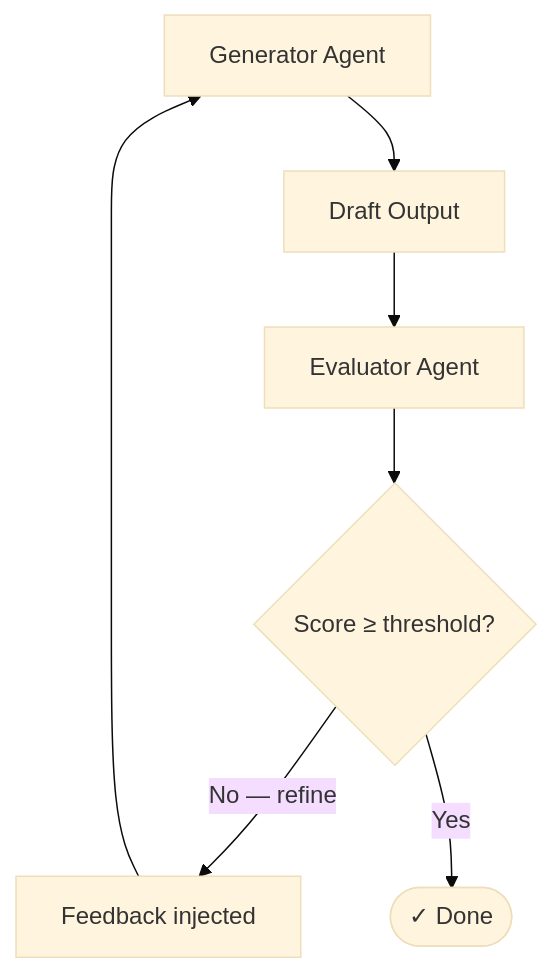
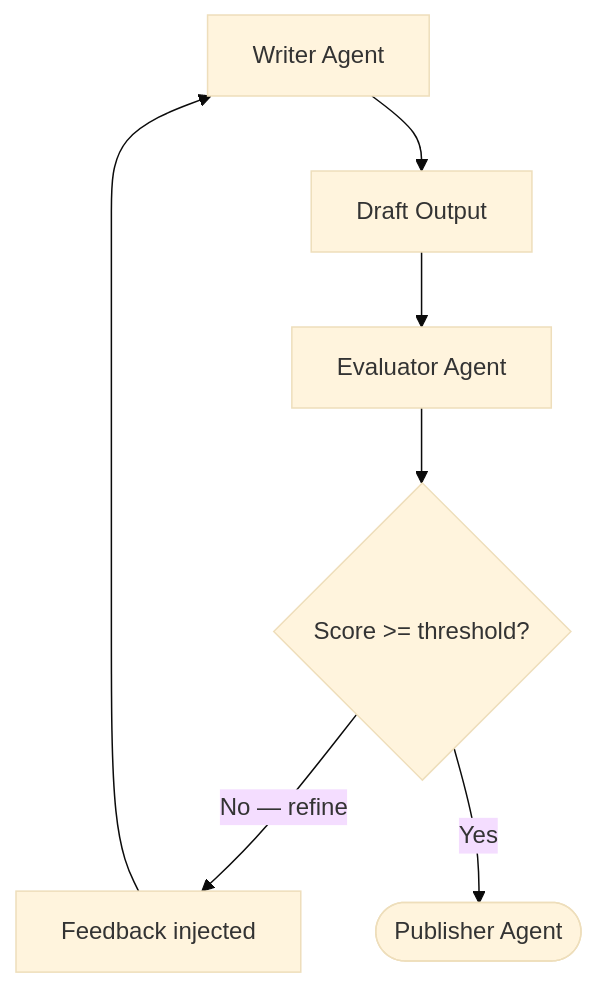
The diagram in apps/docs/src/content/docs/patterns/self-annealing.md (wmcmahan/mc-ai), drawn with Mermaid (base theme) before and after one commit. The commit also changed other lines of this file and 38 other files, not shown here.

````diff
--- a/apps/docs/src/content/docs/patterns/self-annealing.md
+++ b/apps/docs/src/content/docs/patterns/self-annealing.md
@@ -12,8 +12,8 @@
 ```mermaid
 flowchart TB
-    Gen["Generator Agent"] --> Draft["Draft Output"]
+    Gen["Writer Agent"] --> Draft["Draft Output"]
     Draft --> Eval["Evaluator Agent"]
-    Eval --> Check{"Score ≥ threshold?"}
+    Eval --> Check{"Score >= threshold?"}
     Check --> |"No — refine"| Feedback["Feedback injected"] --> Gen
-    Check --> |"Yes"| Done(["✓ Done"])
+    Check --> |"Yes"| Done(["Publisher Agent"])
 ```
````
